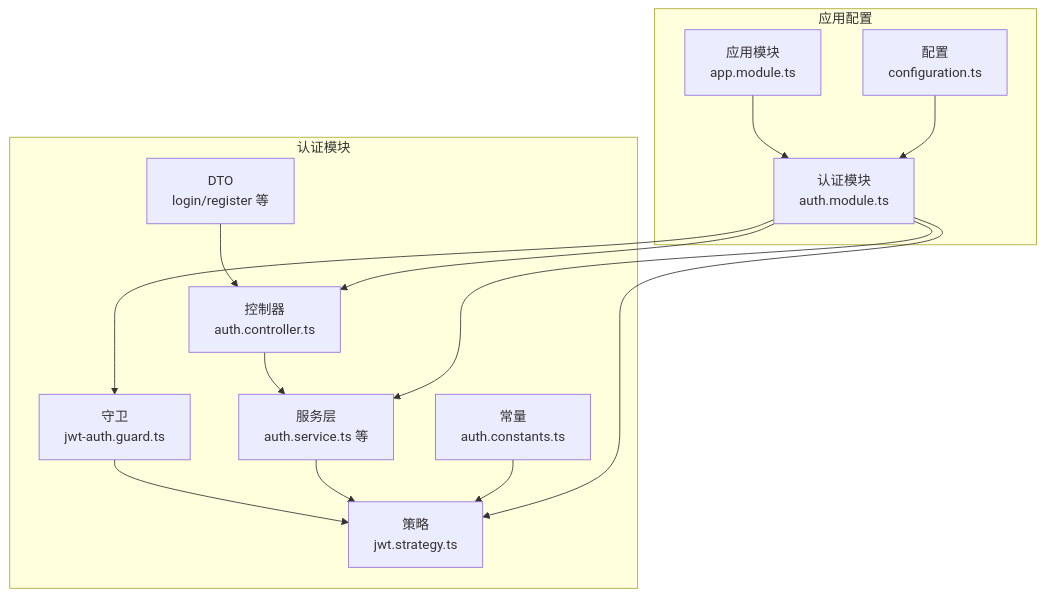
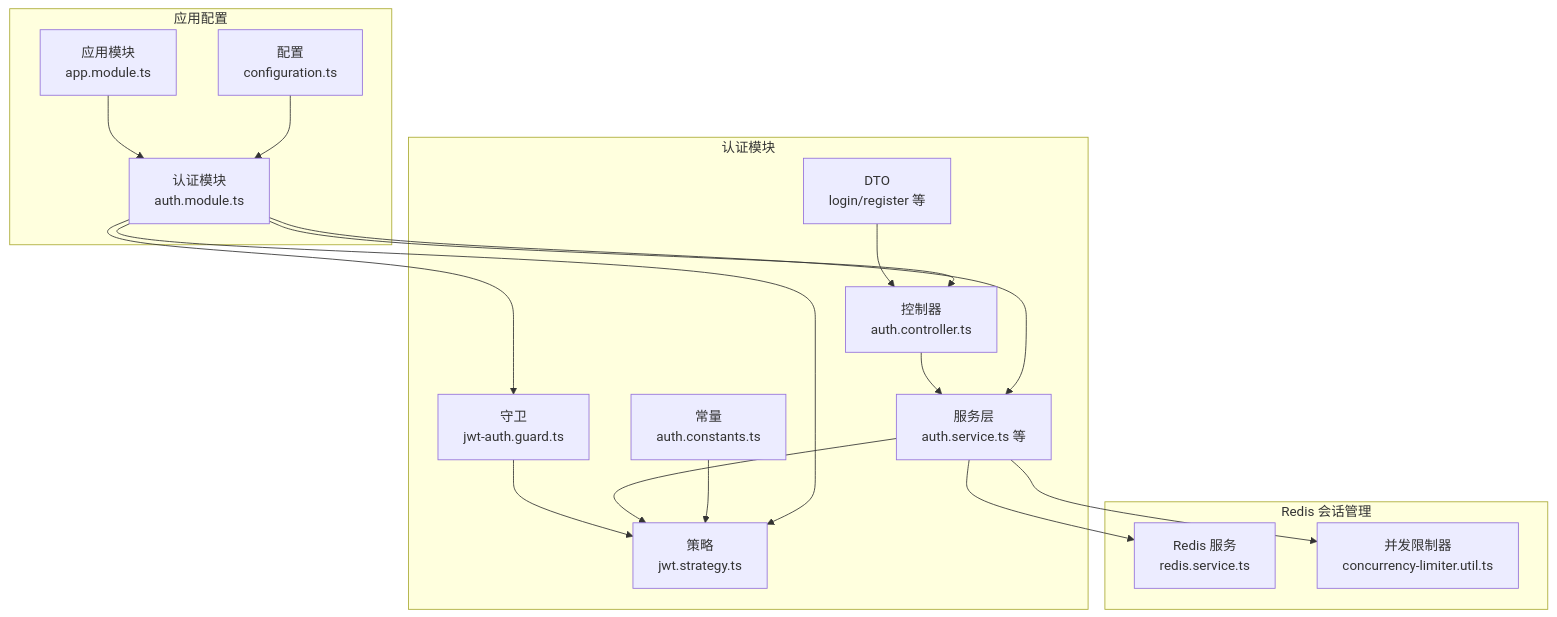
The first of 13 diagrams in .qoder/repowiki/zh/content/认证授权系统/JWT 认证机制.md (rc558620/purelyprofit-server), drawn with Mermaid before and after one commit. The commit also changed other lines of this file and 18 other files, not shown here.

````diff
--- a/.qoder/repowiki/zh/content/认证授权系统/JWT 认证机制.md
+++ b/.qoder/repowiki/zh/content/认证授权系统/JWT 认证机制.md
@@ -65,27 +47,33 @@
 ```mermaid
 graph TB
 subgraph "认证模块"
 C["控制器<br/>auth.controller.ts"]
 G["守卫<br/>jwt-auth.guard.ts"]
 S["服务层<br/>auth.service.ts 等"]
 ST["策略<br/>jwt.strategy.ts"]
 D["DTO<br/>login/register 等"]
 K["常量<br/>auth.constants.ts"]
 end
+subgraph "Redis 会话管理"
+RS["Redis 服务<br/>redis.service.ts"]
+CL["并发限制器<br/>concurrency-limiter.util.ts"]
+end
 subgraph "应用配置"
 M["应用模块<br/>app.module.ts"]
 CFG["配置<br/>configuration.ts"]
 AM["认证模块<br/>auth.module.ts"]
 end
 C --> S
 G --> ST
 S --> ST
+S --> RS
+S --> CL
 D --> C
 K --> ST
 M --> AM
 AM --> C
 AM --> G
 AM --> ST
 AM --> S
 CFG --> AM
 ```
````
